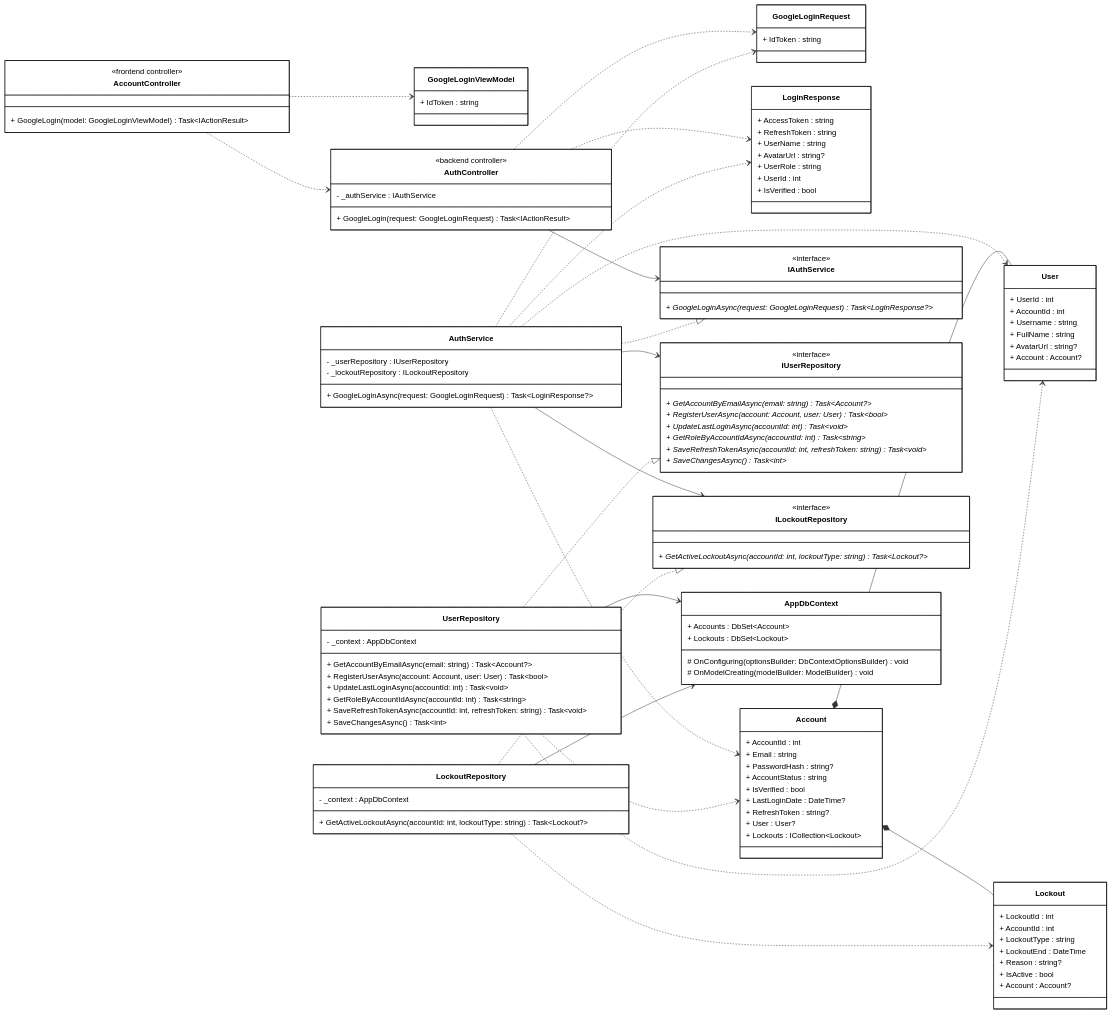
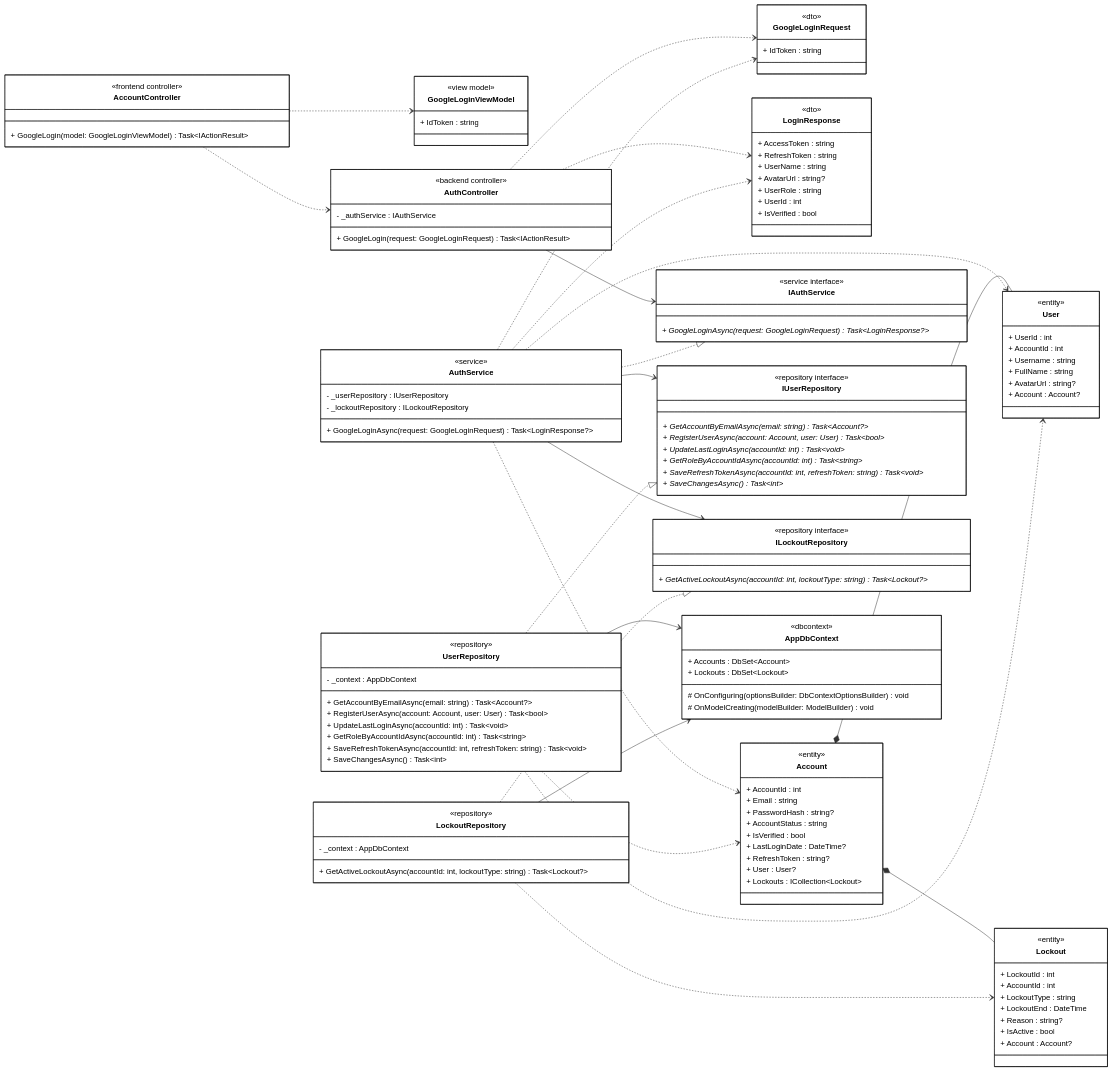
Before and after one commit to 1000do/Linked: the diagram in diagrams/class_mermaid/auth/cls_mm_login_google.mmd, drawn with Mermaid. The commit also changed 28 other files, not shown here.

```diff
--- a/diagrams/class_mermaid/auth/cls_mm_login_google.mmd
+++ b/diagrams/class_mermaid/auth/cls_mm_login_google.mmd
@@ -1,166 +1,176 @@
 classDiagram
 direction LR
 
 %% ==================== FRONTEND ====================
 
 class AccountController {
     <<frontend controller>>
     + GoogleLogin(model: GoogleLoginViewModel) Task~IActionResult~
 }
 
 class GoogleLoginViewModel {
+    <<view model>>
     + IdToken : string
 }
 
 %% ==================== BACKEND - CONTROLLER ====================
 
 class AuthController {
     <<backend controller>>
     - _authService : IAuthService
     
     + GoogleLogin(request: GoogleLoginRequest) Task~IActionResult~
 }
 
 %% ==================== BACKEND - DTOs ====================
 
 class GoogleLoginRequest {
+    <<dto>>
     + IdToken : string
 }
 
 class LoginResponse {
+    <<dto>>
     + AccessToken : string
     + RefreshToken : string
     + UserName : string
     + AvatarUrl : string?
     + UserRole : string
     + UserId : int
     + IsVerified : bool
 }
 
 %% ==================== BACKEND - DOMAIN ENTITIES ====================
 
 class Account {
+    <<entity>>
     + AccountId : int
     + Email : string
     + PasswordHash : string?
     + AccountStatus : string
     + IsVerified : bool
     + LastLoginDate : DateTime?
     + RefreshToken : string?
     + User : User?
     + Lockouts : ICollection~Lockout~
 }
 
 class User {
+    <<entity>>
     + UserId : int
     + AccountId : int
     + Username : string
     + FullName : string
     + AvatarUrl : string?
     + Account : Account?
 }
 
 class Lockout {
+    <<entity>>
     + LockoutId : int
     + AccountId : int
     + LockoutType : string
     + LockoutEnd : DateTime
     + Reason : string?
     + IsActive : bool
     + Account : Account?
 }
 
 %% ==================== BACKEND - SERVICE INTERFACES ====================
 
 class IAuthService {
-    <<interface>>
+    <<service interface>>
     + GoogleLoginAsync(request: GoogleLoginRequest) Task~LoginResponse?~ *
 }
 
 class IUserRepository {
-    <<interface>>
+    <<repository interface>>
     + GetAccountByEmailAsync(email: string) Task~Account?~ *
     + RegisterUserAsync(account: Account, user: User) Task~bool~ *
     + UpdateLastLoginAsync(accountId: int) Task~void~ *
     + GetRoleByAccountIdAsync(accountId: int) Task~string~ *
     + SaveRefreshTokenAsync(accountId: int, refreshToken: string) Task~void~ *
     + SaveChangesAsync() Task~int~ *
 }
 
 class ILockoutRepository {
-    <<interface>>
+    <<repository interface>>
     + GetActiveLockoutAsync(accountId: int, lockoutType: string) Task~Lockout?~ *
 }
 
 %% ==================== BACKEND - SERVICE IMPLEMENTATION ====================
 
 class AuthService {
+    <<service>>
     - _userRepository : IUserRepository
     - _lockoutRepository : ILockoutRepository
     
     + GoogleLoginAsync(request: GoogleLoginRequest) Task~LoginResponse?~
 }
 
 %% ==================== BACKEND - REPOSITORY IMPLEMENTATION ====================
 
 class UserRepository {
+    <<repository>>
     - _context : AppDbContext
     
     + GetAccountByEmailAsync(email: string) Task~Account?~
     + RegisterUserAsync(account: Account, user: User) Task~bool~
     + UpdateLastLoginAsync(accountId: int) Task~void~
     + GetRoleByAccountIdAsync(accountId: int) Task~string~
     + SaveRefreshTokenAsync(accountId: int, refreshToken: string) Task~void~
     + SaveChangesAsync() Task~int~
 }
 
 class LockoutRepository {
+    <<repository>>
     - _context : AppDbContext
     
     + GetActiveLockoutAsync(accountId: int, lockoutType: string) Task~Lockout?~
 }
 
 %% ==================== BACKEND - DbContext ====================
 
 class AppDbContext {
+    <<dbcontext>>
     + Accounts : DbSet~Account~
     + Lockouts : DbSet~Lockout~
     
     # OnConfiguring(optionsBuilder: DbContextOptionsBuilder) void
     # OnModelCreating(modelBuilder: ModelBuilder) void
 }
 
 %% ==================== RELATIONSHIPS ====================
 
 %% === COMPOSITION (filled diamond) ===
 Account *-- User
 Account *-- Lockout
 
 %% === UNIDIRECTIONAL ASSOCIATION (solid arrow) ===
 AuthController --> IAuthService
 AuthService --> IUserRepository
 AuthService --> ILockoutRepository
 UserRepository --> AppDbContext
 LockoutRepository --> AppDbContext
 
 %% === INTERFACE REALIZATION ===
 AuthService ..|> IAuthService
 UserRepository ..|> IUserRepository
 LockoutRepository ..|> ILockoutRepository
 
 %% === DEPENDENCY (dashed arrows) ===
 AccountController ..> AuthController
 AccountController ..> GoogleLoginViewModel
 AuthController ..> GoogleLoginRequest
 AuthController ..> LoginResponse
 AuthService ..> GoogleLoginRequest
 AuthService ..> LoginResponse
 AuthService ..> Account
 AuthService ..> User
 UserRepository ..> Account
 UserRepository ..> User
 LockoutRepository ..> Lockout
 
 %% ==================== STYLES ====================
 
 classDef default fill:#FFFFFF,stroke:#000000,stroke-width:1px,color:#000000
```
